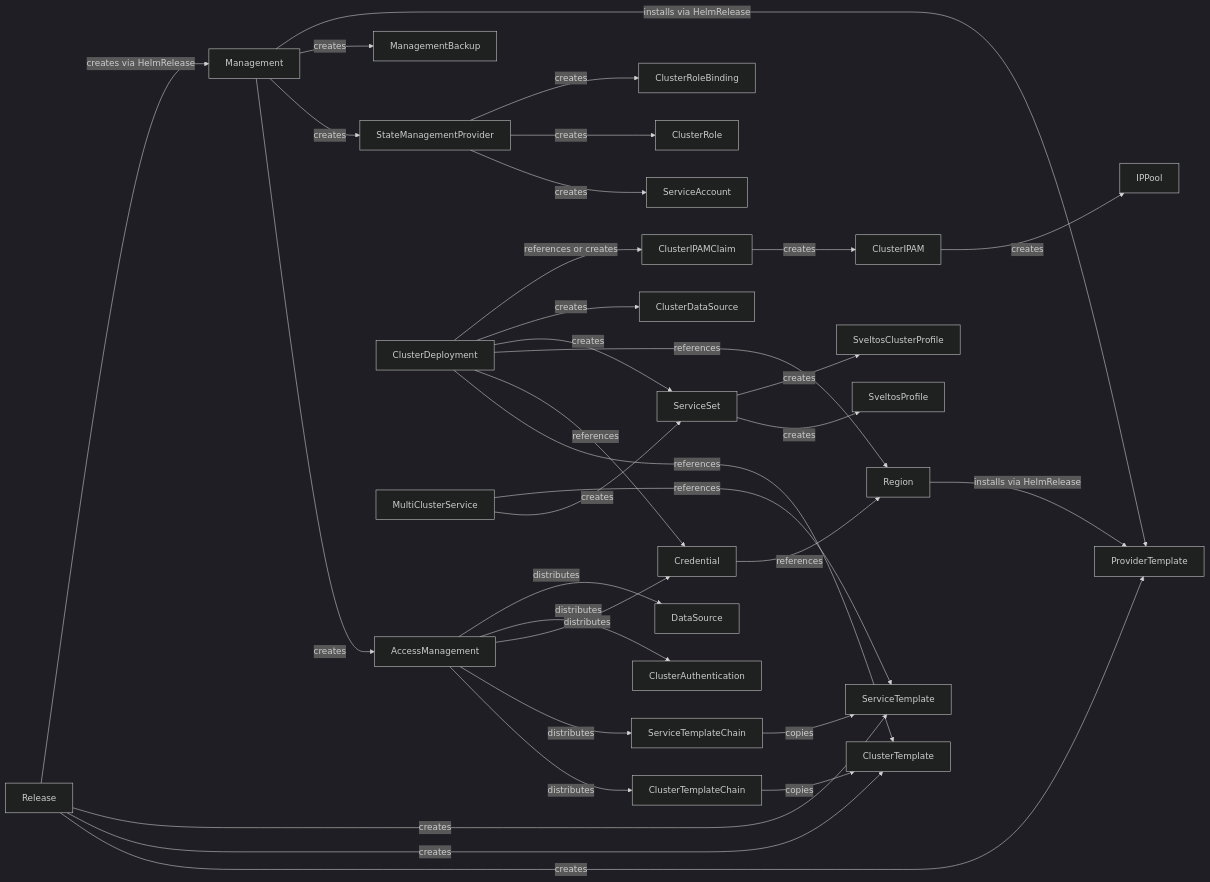
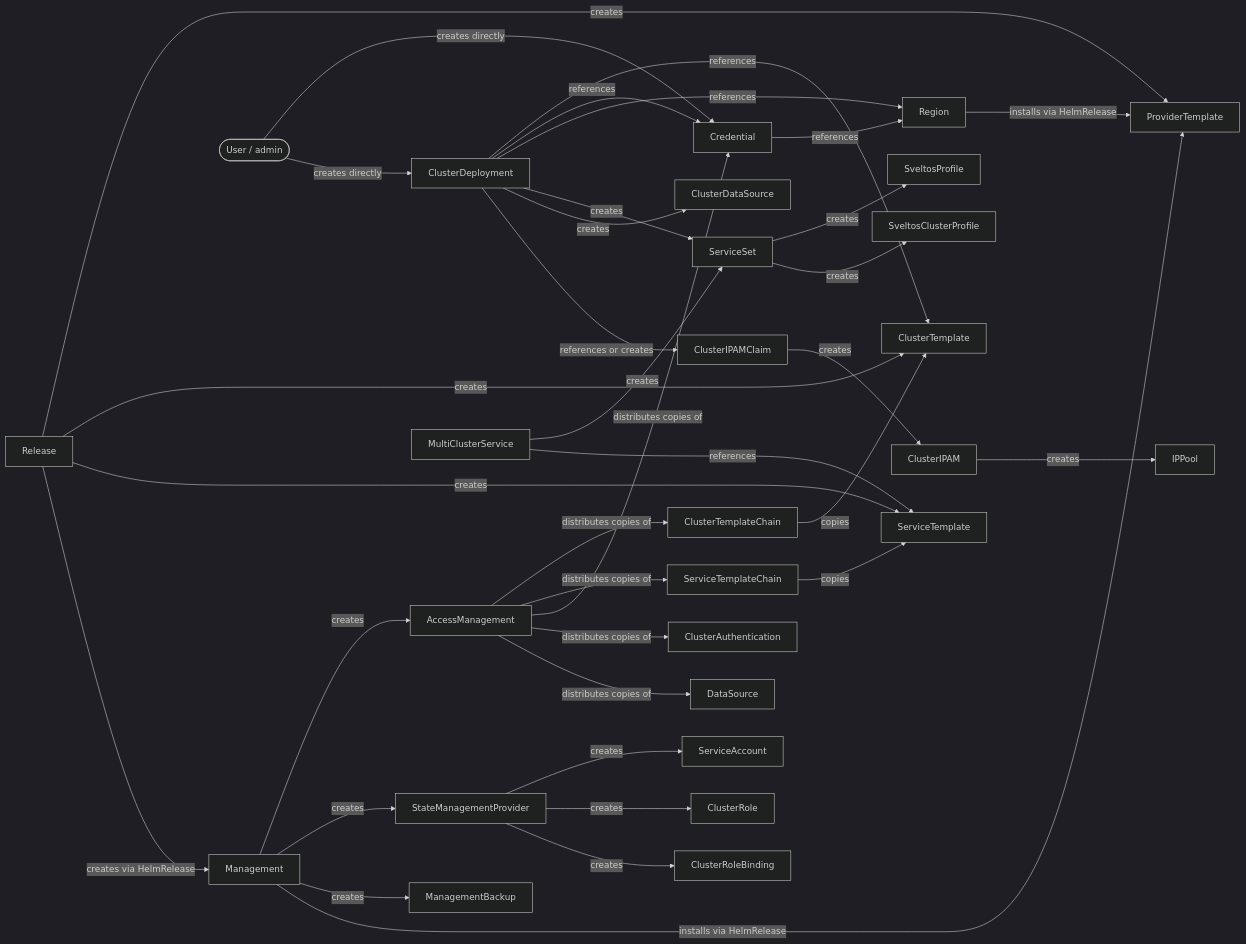
One commit to DinaBelova/kcm changed the first of 10 diagrams in docs/controllers.md. Above: the diagram before and after it, drawn with Mermaid (dark theme). The commit also changed other lines of this file, not shown here.

Commit message:
docs: clarify Credential does not require AccessManagement
AccessManagement is optional — Credentials (and other resources it
distributes) can be created directly by users in any namespace.
Update the CRD graph to show a direct user → Credential edge and
change the label from "distributes" to "distributes copies of", and
add an explicit note to the AccessManagement section.

````diff
--- a/docs/controllers.md
+++ b/docs/controllers.md
@@ -11,44 +11,47 @@
 ```mermaid
 graph LR
     Release -->|creates| ProviderTemplate
     Release -->|creates| ClusterTemplate
     Release -->|creates| ServiceTemplate
     Release -->|creates via HelmRelease| Management
 
     Management -->|creates| AccessManagement
     Management -->|creates| StateManagementProvider
     Management -->|creates| ManagementBackup
     Management -->|installs via HelmRelease| ProviderTemplate
 
-    AccessManagement -->|distributes| ClusterTemplateChain
-    AccessManagement -->|distributes| ServiceTemplateChain
-    AccessManagement -->|distributes| Credential
-    AccessManagement -->|distributes| ClusterAuthentication
-    AccessManagement -->|distributes| DataSource
+    AccessManagement -->|distributes copies of| ClusterTemplateChain
+    AccessManagement -->|distributes copies of| ServiceTemplateChain
+    AccessManagement -->|distributes copies of| Credential
+    AccessManagement -->|distributes copies of| ClusterAuthentication
+    AccessManagement -->|distributes copies of| DataSource
 
     ClusterTemplateChain -->|copies| ClusterTemplate
     ServiceTemplateChain -->|copies| ServiceTemplate
+
+    User([User / admin]) -->|creates directly| Credential
+    User -->|creates directly| ClusterDeployment
 
     ClusterDeployment -->|references| ClusterTemplate
     ClusterDeployment -->|references| Credential
     ClusterDeployment -->|references| Region
     ClusterDeployment -->|creates| ServiceSet
     ClusterDeployment -->|creates| ClusterDataSource
     ClusterDeployment -->|references or creates| ClusterIPAMClaim
 
     Credential -->|references| Region
     Region -->|installs via HelmRelease| ProviderTemplate
 
     MultiClusterService -->|creates| ServiceSet
     MultiClusterService -->|references| ServiceTemplate
 
     ServiceSet -->|creates| SveltosProfile
     ServiceSet -->|creates| SveltosClusterProfile
 
     ClusterIPAMClaim -->|creates| ClusterIPAM
     ClusterIPAM -->|creates| IPPool
 
     StateManagementProvider -->|creates| ServiceAccount
     StateManagementProvider -->|creates| ClusterRole
     StateManagementProvider -->|creates| ClusterRoleBinding
 ```
````
